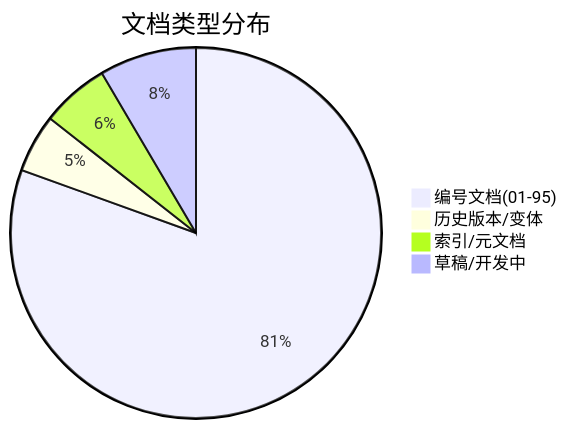
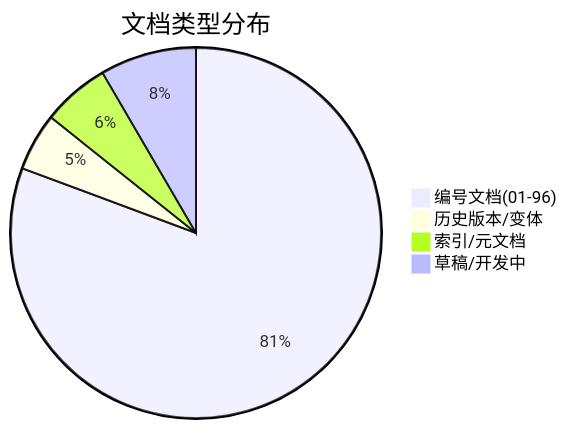
Before and after one commit to yimeng2026/TOE-SYLVA: the first of 5 diagrams in framework/STATISTICS.md, drawn with Mermaid. The commit also changed other lines of this file and 5 other files, not shown here.

````diff
--- a/framework/STATISTICS.md
+++ b/framework/STATISTICS.md
@@ -16,7 +17,7 @@
 ```mermaid
 pie title 文档类型分布
-    "编号文档(01-95)" : 95
+    "编号文档(01-96)" : 96
     "历史版本/变体" : 6
     "索引/元文档" : 7
     "草稿/开发中" : 10
 ```
````
